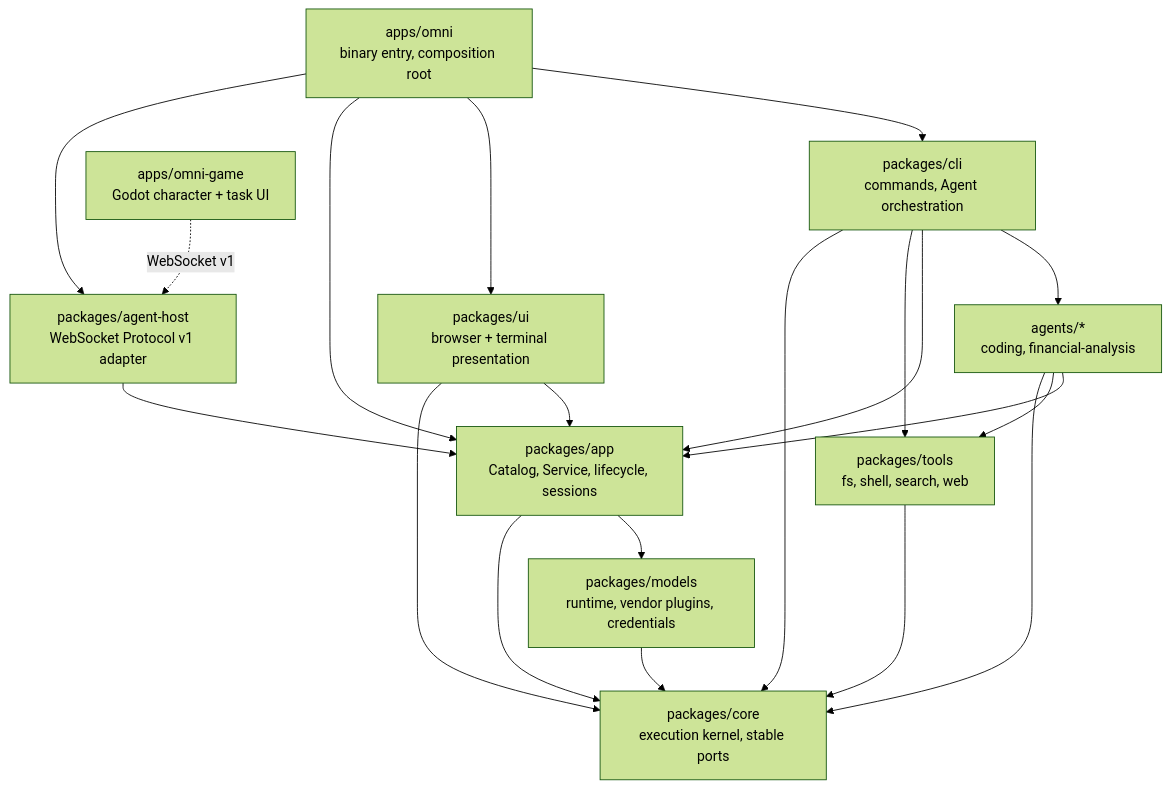
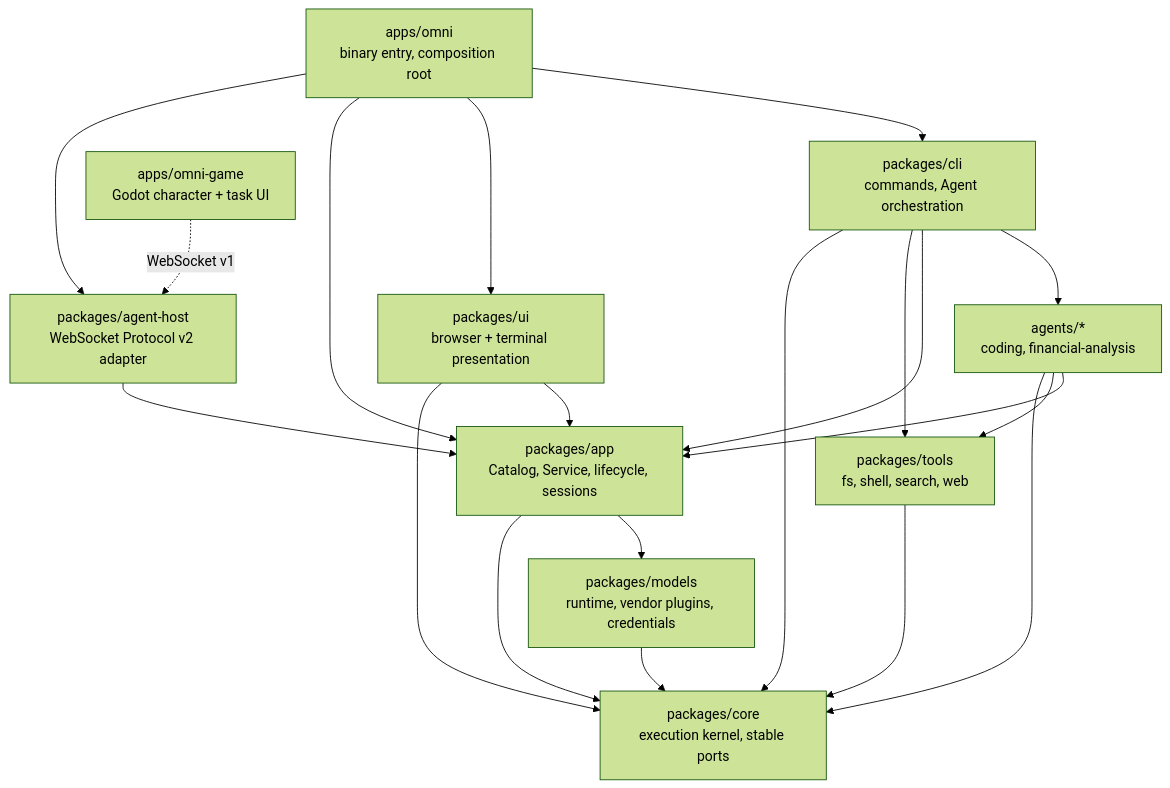
One commit to xdnloveme/omni-agent changed the diagram in README.md. Above: the diagram before and after it, drawn with Mermaid (forest theme). The commit also changed other lines of this file and 208 other files, not shown here.

````diff
--- a/README.md
+++ b/README.md
@@ -570,33 +573,33 @@
 ```mermaid
 graph TD
     HOST["apps/omni<br/>binary entry, composition root"]
     CLI["packages/cli<br/>commands, Agent orchestration"]
     AGENTS["agents/*<br/>coding, financial-analysis"]
     APP["packages/app<br/>Catalog, Service, lifecycle, sessions"]
-    AGENT_HOST["packages/agent-host<br/>WebSocket Protocol v1 adapter"]
+    AGENT_HOST["packages/agent-host<br/>WebSocket Protocol v2 adapter"]
     GAME["apps/omni-game<br/>Godot character + task UI"]
     MODELS["packages/models<br/>runtime, vendor plugins, credentials"]
     TOOLS["packages/tools<br/>fs, shell, search, web"]
     UI["packages/ui<br/>browser + terminal presentation"]
     CORE["packages/core<br/>execution kernel, stable ports"]
 
     HOST --> CLI
     HOST --> UI
     HOST --> APP
     HOST --> AGENT_HOST
     AGENT_HOST --> APP
     GAME -. "WebSocket v1" .-> AGENT_HOST
     CLI --> AGENTS
     CLI --> APP
     CLI --> TOOLS
     CLI --> CORE
     AGENTS --> APP
     AGENTS --> TOOLS
     UI --> APP
     UI --> CORE
     AGENTS --> CORE
     APP --> MODELS
     APP --> CORE
     MODELS --> CORE
     TOOLS --> CORE
 ```
````
